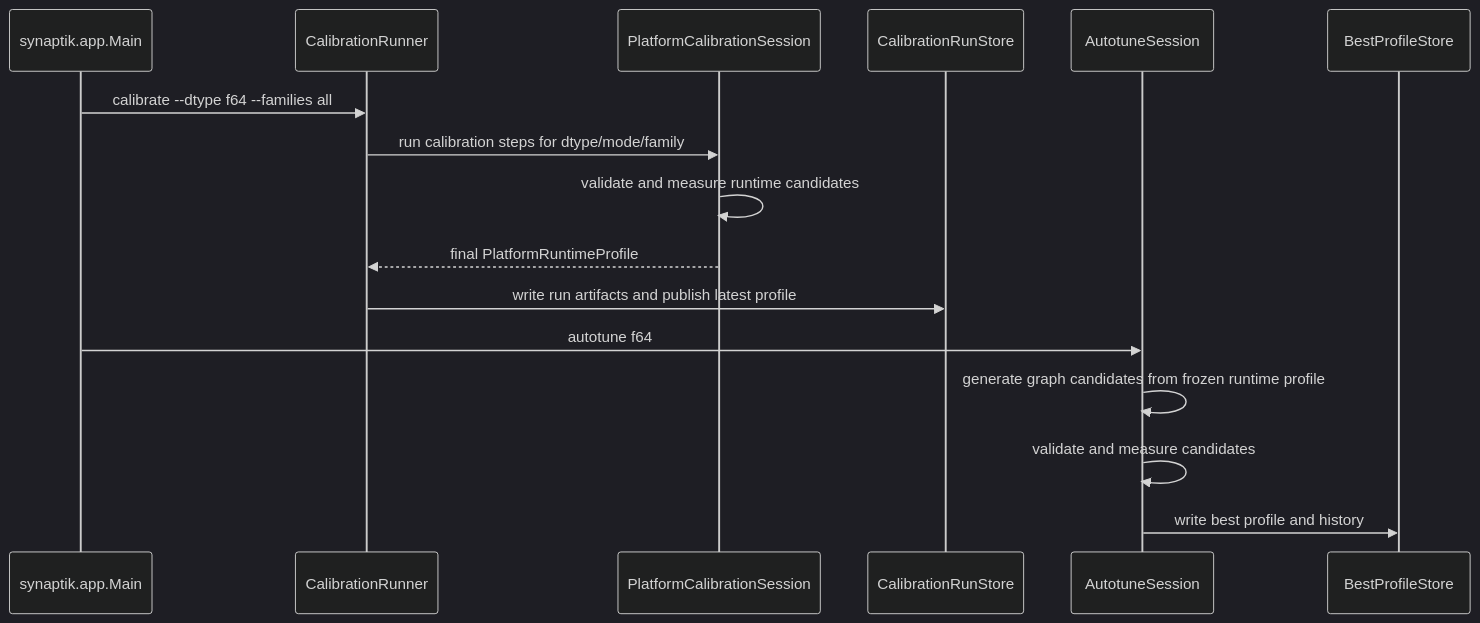
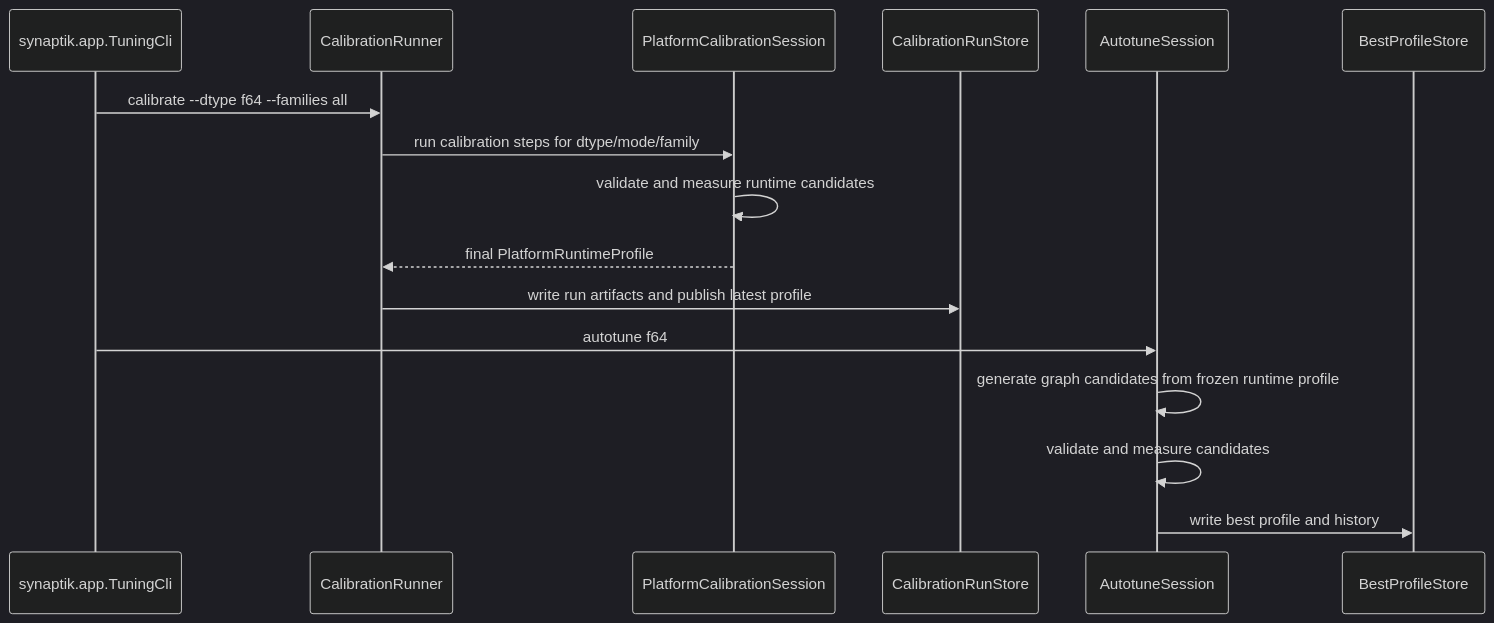
Before and after one commit to pho001/Synaptik: the second of 6 diagrams in docs/calibration-autotune.md, drawn with Mermaid (dark theme). The commit also changed other lines of this file and 7 other files, not shown here.

````diff
--- a/docs/calibration-autotune.md
+++ b/docs/calibration-autotune.md
@@ -113,19 +113,19 @@
 ```mermaid
 sequenceDiagram
-    participant CLI as synaptik.app.Main
+    participant CLI as synaptik.app.TuningCli
     participant Cal as CalibrationRunner
     participant Session as PlatformCalibrationSession
     participant Store as CalibrationRunStore
     participant Auto as AutotuneSession
     participant Best as BestProfileStore
 
     CLI->>Cal: calibrate --dtype f64 --families all
     Cal->>Session: run calibration steps for dtype/mode/family
     Session->>Session: validate and measure runtime candidates
     Session-->>Cal: final PlatformRuntimeProfile
     Cal->>Store: write run artifacts and publish latest profile
     CLI->>Auto: autotune f64
     Auto->>Auto: generate graph candidates from frozen runtime profile
     Auto->>Auto: validate and measure candidates
     Auto->>Best: write best profile and history
 ```
````
